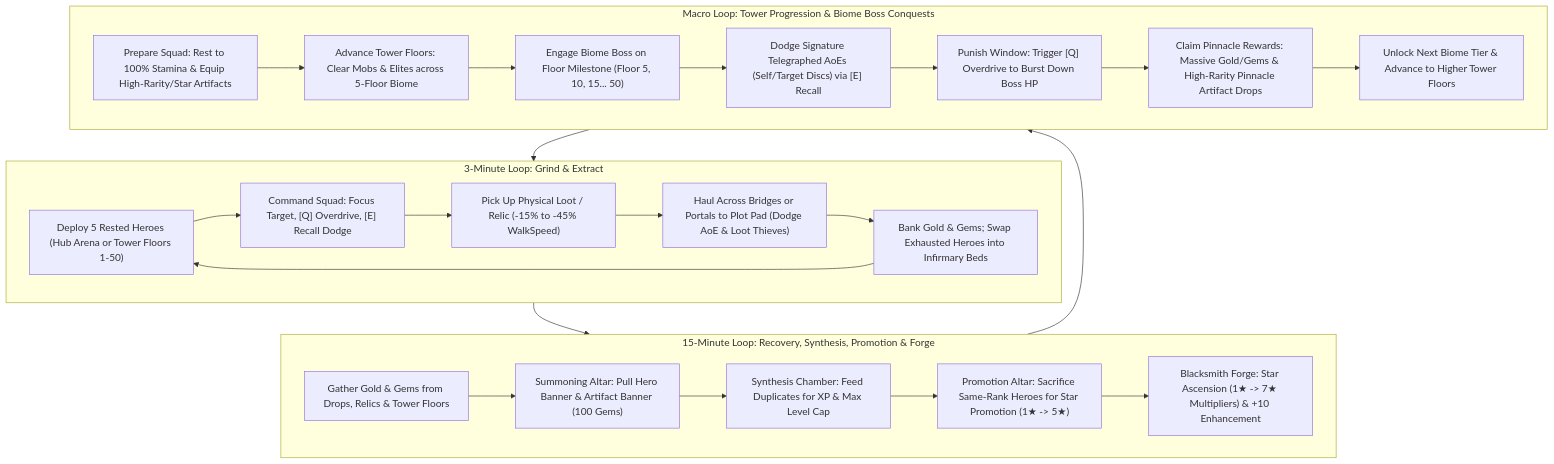
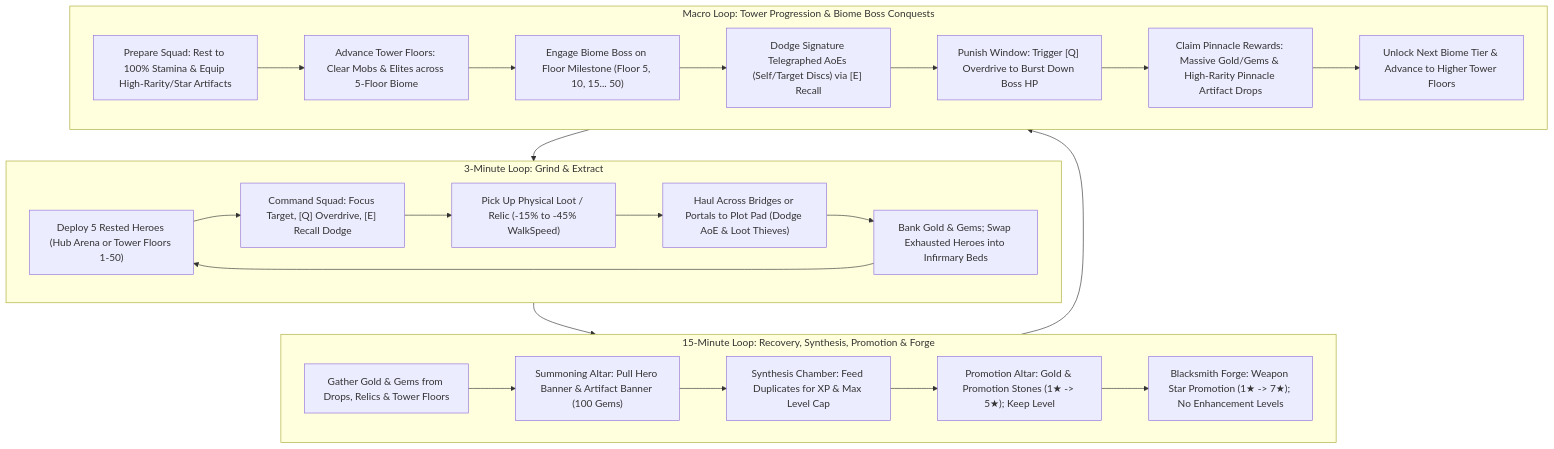
One commit to Zaimoo/infinite-tower changed the diagram in GAME_DESIGN.MD. Above: the diagram before and after it, drawn with Mermaid. The commit also changed other lines of this file and 27 other files, not shown here.

Commit message:
feat(stats): implement billion-scale hero and weapon star progression

````diff
--- a/GAME_DESIGN.MD
+++ b/GAME_DESIGN.MD
@@ -46,30 +46,30 @@
 ```mermaid
 flowchart TD
     subgraph Micro["3-Minute Loop: Grind & Extract"]
         M1["Deploy 5 Rested Heroes (Hub Arena or Tower Floors 1-50)"] --> M2["Command Squad: Focus Target, [Q] Overdrive, [E] Recall Dodge"]
         M2 --> M3["Pick Up Physical Loot / Relic (-15% to -45% WalkSpeed)"]
         M3 --> M4["Haul Across Bridges or Portals to Plot Pad (Dodge AoE & Loot Thieves)"]
         M4 --> M5["Bank Gold & Gems; Swap Exhausted Heroes into Infirmary Beds"]
         M5 --> M1
     end
 
     subgraph Meso["15-Minute Loop: Recovery, Synthesis, Promotion & Forge"]
         T1["Gather Gold & Gems from Drops, Relics & Tower Floors"] --> T2["Summoning Altar: Pull Hero Banner & Artifact Banner (100 Gems)"]
         T2 --> T3["Synthesis Chamber: Feed Duplicates for XP & Max Level Cap"]
-        T3 --> T4["Promotion Altar: Sacrifice Same-Rank Heroes for Star Promotion (1★ -> 5★)"]
-        T4 --> T5["Blacksmith Forge: Star Ascension (1★ -> 7★ Multipliers) & +10 Enhancement"]
+        T3 --> T4["Promotion Altar: Gold & Promotion Stones (1★ -> 5★); Keep Level"]
+        T4 --> T5["Blacksmith Forge: Weapon Star Promotion (1★ -> 7★); No Enhancement Levels"]
     end
 
     subgraph Macro["Macro Loop: Tower Progression & Biome Boss Conquests"]
         B1["Prepare Squad: Rest to 100% Stamina & Equip High-Rarity/Star Artifacts"] --> B2["Advance Tower Floors: Clear Mobs & Elites across 5-Floor Biome"]
         B2 --> B3["Engage Biome Boss on Floor Milestone (Floor 5, 10, 15... 50)"]
         B3 --> B4["Dodge Signature Telegraphed AoEs (Self/Target Discs) via [E] Recall"]
         B4 --> B5["Punish Window: Trigger [Q] Overdrive to Burst Down Boss HP"]
         B5 --> B6["Claim Pinnacle Rewards: Massive Gold/Gems & High-Rarity Pinnacle Artifact Drops"]
         B6 --> B7["Unlock Next Biome Tier & Advance to Higher Tower Floors"]
     end
 
     Micro --> Meso
     Meso --> Macro
     Macro --> Micro
 ```
````
